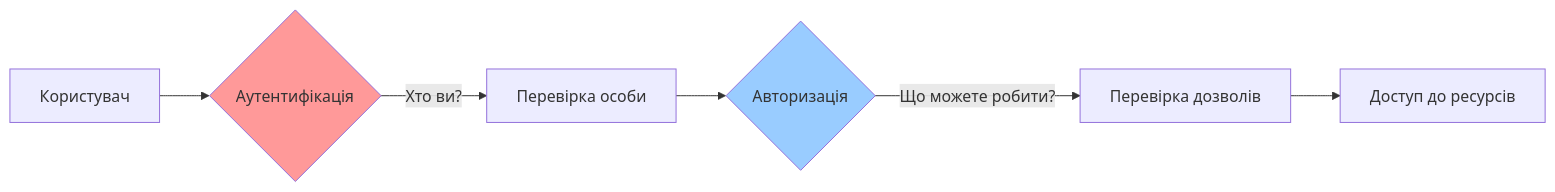
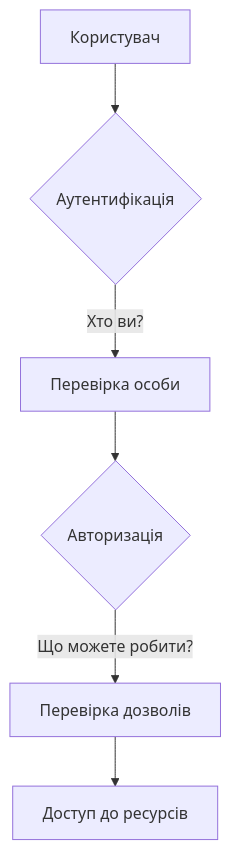
Before and after one commit to olroi421/course-web: the first of 8 diagrams in docs/presentations/presentation-07.md, drawn with Mermaid. The commit also changed other lines of this file and 1 other file, not shown here.

````diff
--- a/docs/presentations/presentation-07.md
+++ b/docs/presentations/presentation-07.md
@@ -5,11 +5,9 @@
 ```mermaid
-graph LR
+graph TD
     A[Користувач] --> B{Аутентифікація}
     B --> |"Хто ви?"| C[Перевірка особи]
     C --> D{Авторизація}
     D --> |"Що можете робити?"| E[Перевірка дозволів]
     E --> F[Доступ до ресурсів]
 
-    style B fill:#ff9999
-    style D fill:#99ccff
 ```
````
